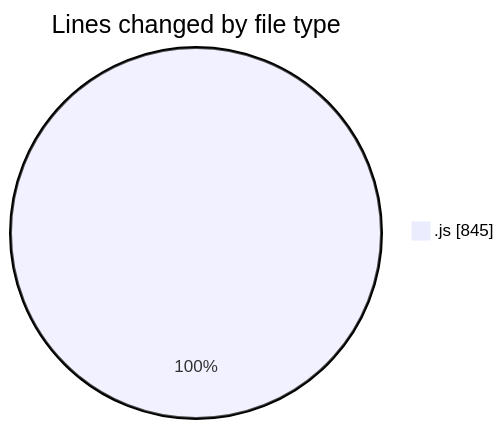
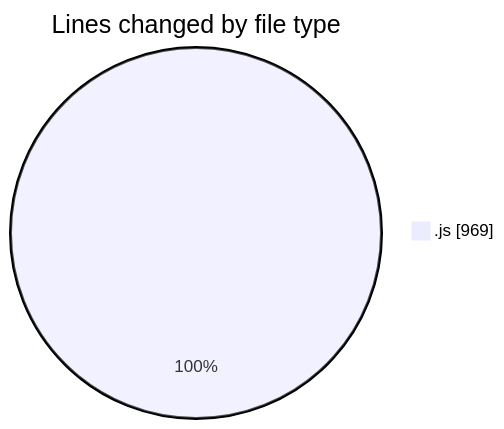
One commit to nxtqubesakshisongat/code-tracking changed the first of 2 diagrams in 2025-06-20/nxtqube_webapp/README.md. Above: the diagram before and after it, drawn with Mermaid. The commit also changed other lines of this file and 1 other file, not shown here.

````diff
--- a/2025-06-20/nxtqube_webapp/README.md
+++ b/2025-06-20/nxtqube_webapp/README.md
@@ -29,5 +29,5 @@
 ```mermaid
 pie showData
 title Lines changed by file type
-".js" : 845
+".js" : 969
 ```
````
